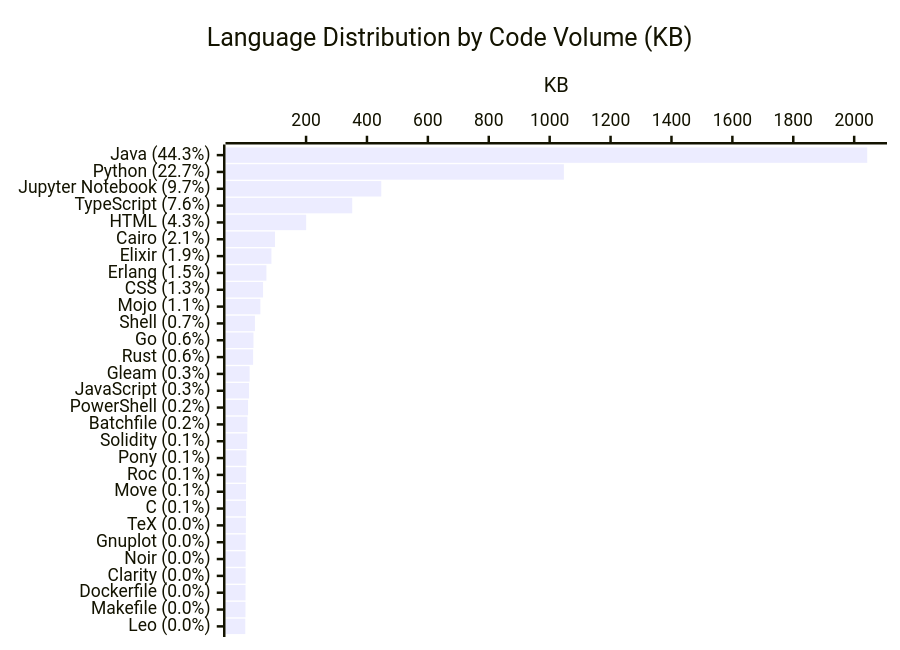
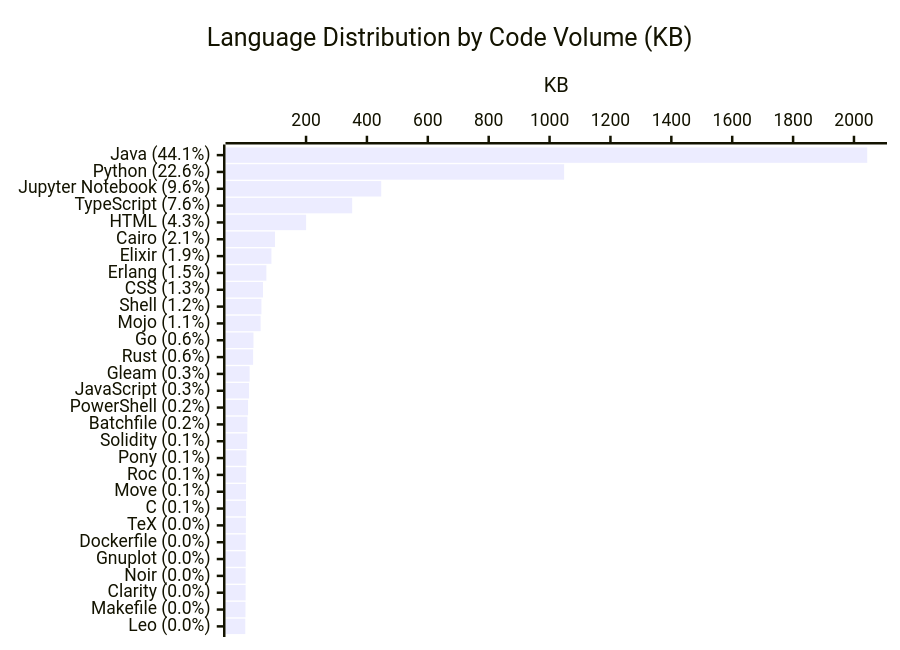
The diagram in profile/README.md (KathiraveluLab/.github), drawn with Mermaid before and after one commit. The commit also changed other lines of this file and 1 other file, not shown here.

````diff
--- a/profile/README.md
+++ b/profile/README.md
@@ -64,7 +64,7 @@
 ```mermaid
 xychart-beta horizontal
     title "Language Distribution by Code Volume (KB)"
-    x-axis ["Java (44.3%)", "Python (22.7%)", "Jupyter Notebook (9.7%)", "TypeScript (7.6%)", "HTML (4.3%)", "Cairo (2.1%)", "Elixir (1.9%)", "Erlang (1.5%)", "CSS (1.3%)", "Mojo (1.1%)", "Shell (0.7%)", "Go (0.6%)", "Rust (0.6%)", "Gleam (0.3%)", "JavaScript (0.3%)", "PowerShell (0.2%)", "Batchfile (0.2%)", "Solidity (0.1%)", "Pony (0.1%)", "Roc (0.1%)", "Move (0.1%)", "C (0.1%)", "TeX (0.0%)", "Gnuplot (0.0%)", "Noir (0.0%)", "Clarity (0.0%)", "Dockerfile (0.0%)", "Makefile (0.0%)", "Leo (0.0%)"]
+    x-axis ["Java (44.1%)", "Python (22.6%)", "Jupyter Notebook (9.6%)", "TypeScript (7.6%)", "HTML (4.3%)", "Cairo (2.1%)", "Elixir (1.9%)", "Erlang (1.5%)", "CSS (1.3%)", "Shell (1.2%)", "Mojo (1.1%)", "Go (0.6%)", "Rust (0.6%)", "Gleam (0.3%)", "JavaScript (0.3%)", "PowerShell (0.2%)", "Batchfile (0.2%)", "Solidity (0.1%)", "Pony (0.1%)", "Roc (0.1%)", "Move (0.1%)", "C (0.1%)", "TeX (0.0%)", "Dockerfile (0.0%)", "Gnuplot (0.0%)", "Noir (0.0%)", "Clarity (0.0%)", "Makefile (0.0%)", "Leo (0.0%)"]
     y-axis "KB"
-    bar [2042.93, 1046.64, 446.9, 351.5, 200.26, 98.07, 86.29, 69.74, 58.73, 49.94, 32.01, 27.33, 26.08, 14.61, 12.8, 9.6, 7.42, 6.65, 4.14, 3.24, 2.68, 2.58, 2.29, 1.82, 1.55, 1.53, 1.17, 0.99, 0.27]
+    bar [2043.62, 1047.87, 446.9, 351.5, 200.26, 98.07, 86.29, 69.74, 58.73, 53.42, 50.76, 27.33, 26.08, 14.61, 12.8, 9.6, 7.42, 6.65, 4.14, 3.24, 2.68, 2.58, 2.29, 2.01, 1.82, 1.55, 1.53, 0.99, 0.27]
 ```
````
